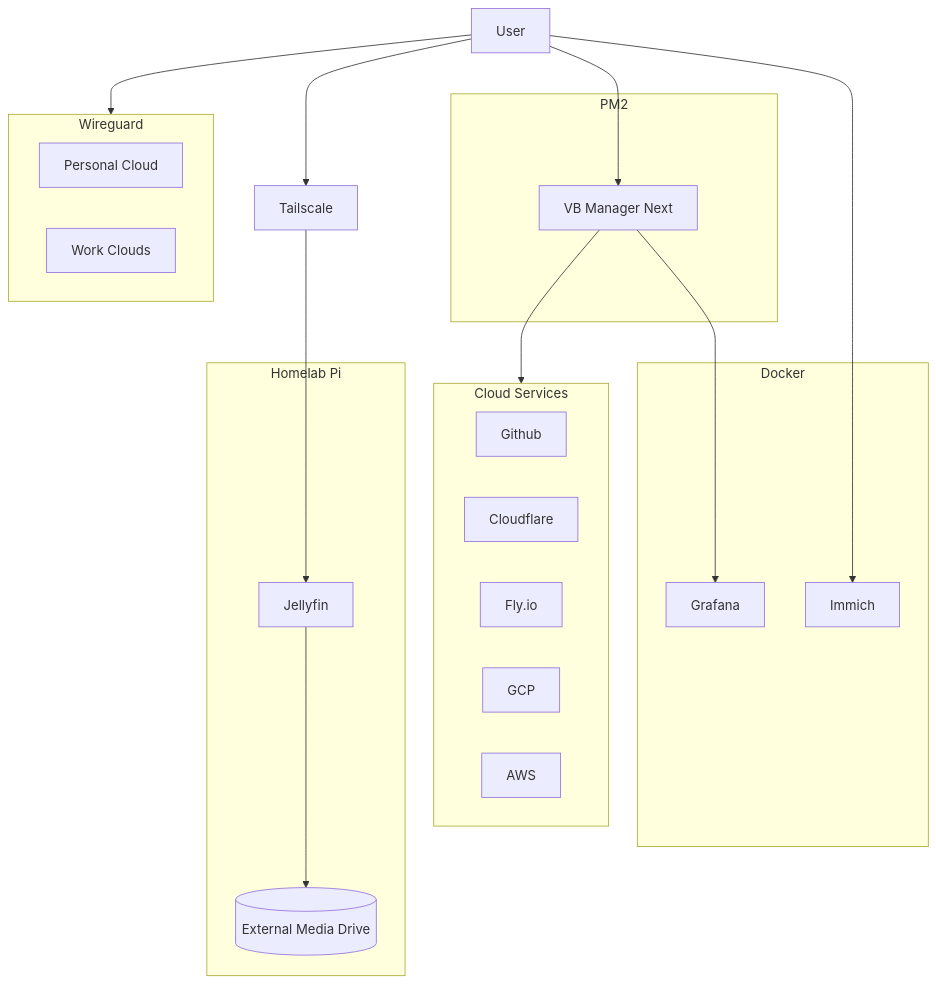
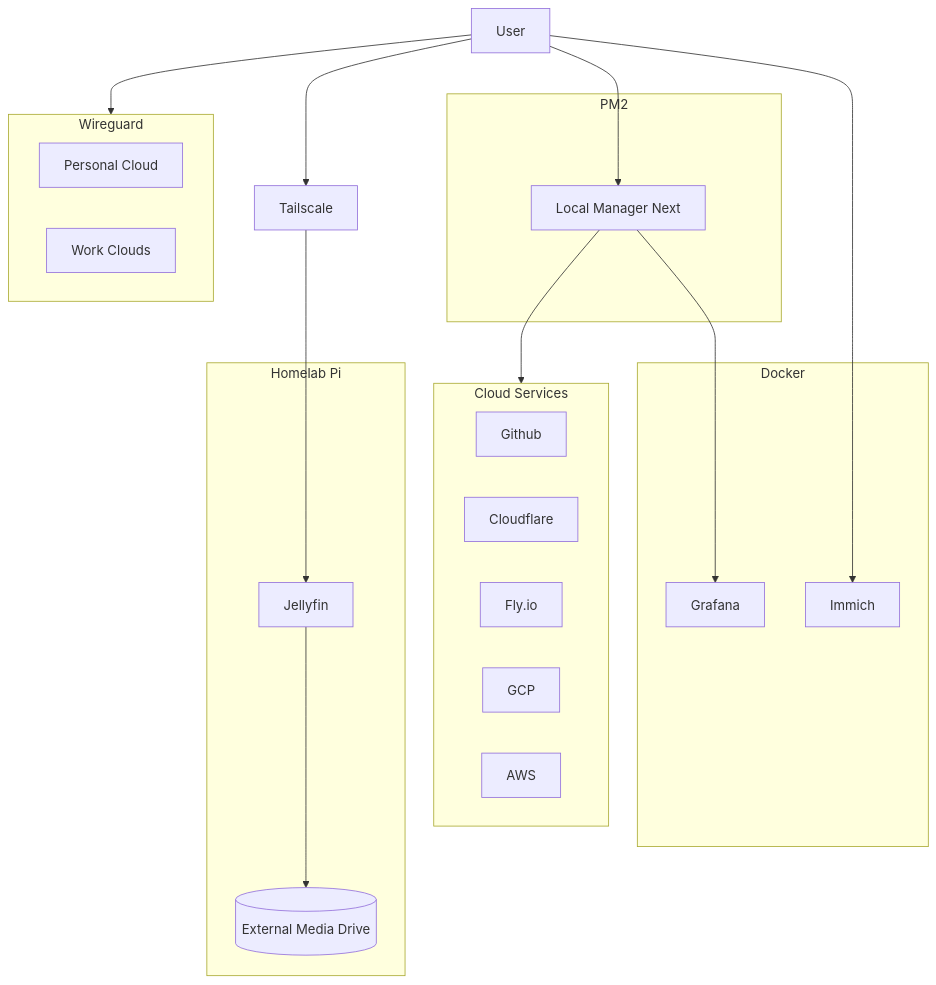
The first of 5 diagrams in docs/infrastructure/infrastructure.md (iamharryliu/vigilant-broccoli), drawn with Mermaid before and after one commit. The commit also changed 383 other files, not shown here.

Commit message:
refactor(local-manager-next): Rename the local management dashboard.

````diff
--- a/docs/infrastructure/infrastructure.md
+++ b/docs/infrastructure/infrastructure.md
@@ -17,40 +17,40 @@
 ```mermaid
 flowchart
 USER[User]
 
 subgraph DOCKER[Docker]
   GRAFANA[Grafana]
   IMMICH[Immich]
 end
 
 subgraph PM2
-  VB_MANAGER_NEXT[VB Manager Next]
+  LOCAL_MANAGER_NEXT[Local Manager Next]
 end
 
 subgraph CLOUD_SERVICES[Cloud Services]
   GITHUB[Github]
   CLOUDFLARE[Cloudflare]
   FLY_IO[Fly.io]
   GCP[GCP]
   AWS[AWS]
 end
 
 subgraph WIREGUARD[Wireguard]
   PERSONAL_CLOUD[Personal Cloud]
   WORK_CLOUDS[Work Clouds]
 end
 
 subgraph HOMELAB_PI[Homelab Pi]
   JELLYFIN[Jellyfin]
   MEDIA_DRIVE[(External Media Drive)]
   JELLYFIN-->MEDIA_DRIVE
 end
 
-VB_MANAGER_NEXT-->CLOUD_SERVICES
-VB_MANAGER_NEXT-->GRAFANA
+LOCAL_MANAGER_NEXT-->CLOUD_SERVICES
+LOCAL_MANAGER_NEXT-->GRAFANA
 
 USER-->WIREGUARD
 USER-->TAILSCALE[Tailscale]-->JELLYFIN
-USER-->VB_MANAGER_NEXT
+USER-->LOCAL_MANAGER_NEXT
 USER-->IMMICH
 ```
````
